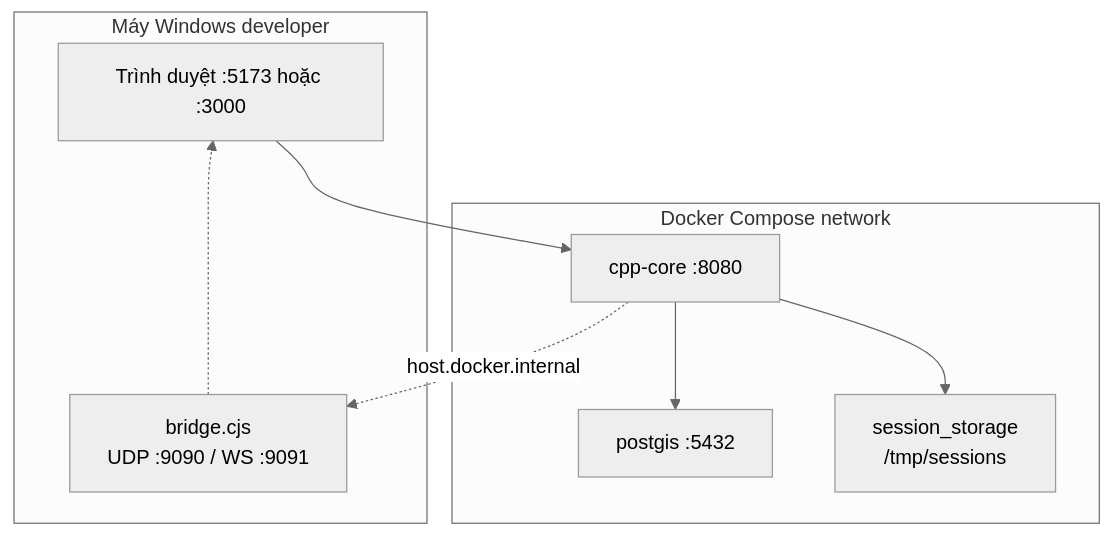
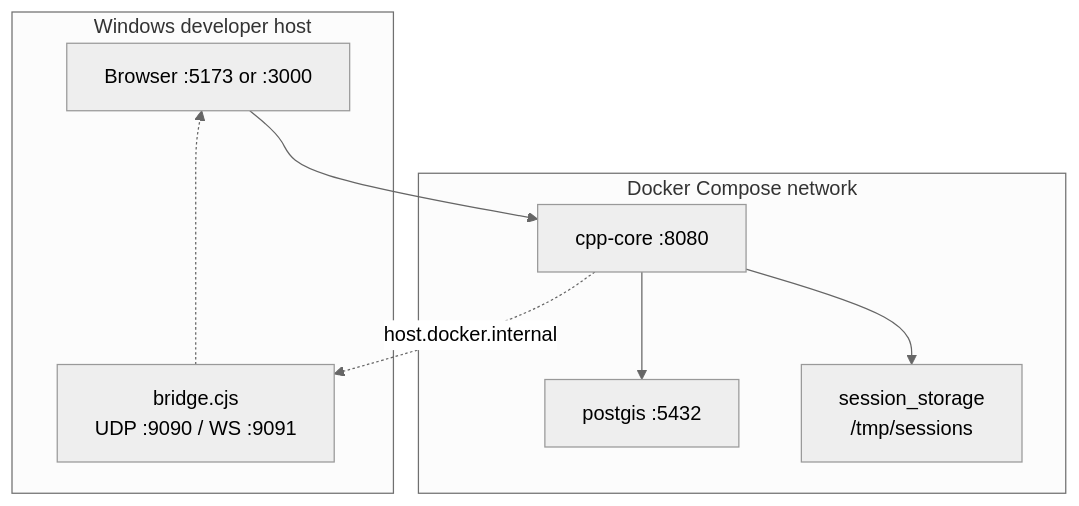
Before and after one commit to Dinhthuy2k5/remote-sensing-pipeline: the fifth of 5 diagrams in docs/ARCHITECTURE.md, drawn with Mermaid (neutral theme). The commit also changed other lines of this file and 4 other files, not shown here.

Commit message:
docs: localize documentation and keep diagrams precise

````diff
--- a/docs/ARCHITECTURE.md
+++ b/docs/ARCHITECTURE.md
@@ -187,19 +187,19 @@
 ```mermaid
 flowchart TB
-    subgraph Host["Máy Windows developer"]
-        Browser["Trình duyệt :5173 hoặc :3000"]
+    subgraph Host["Windows developer host"]
+        Browser["Browser :5173 or :3000"]
         Bridge["bridge.cjs<br/>UDP :9090 / WS :9091"]
     end
 
     subgraph Compose["Docker Compose network"]
         Core["cpp-core :8080"]
         DB["postgis :5432"]
         Volume["session_storage<br/>/tmp/sessions"]
         Core --> DB
         Core --> Volume
     end
 
     Browser --> Core
     Core -. "host.docker.internal" .-> Bridge
     Bridge -.-> Browser
 ```
````
